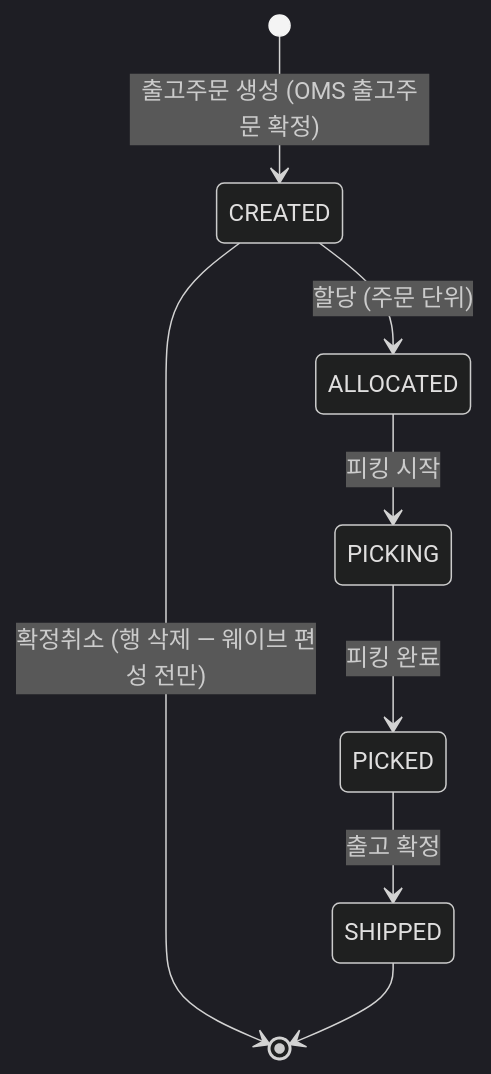
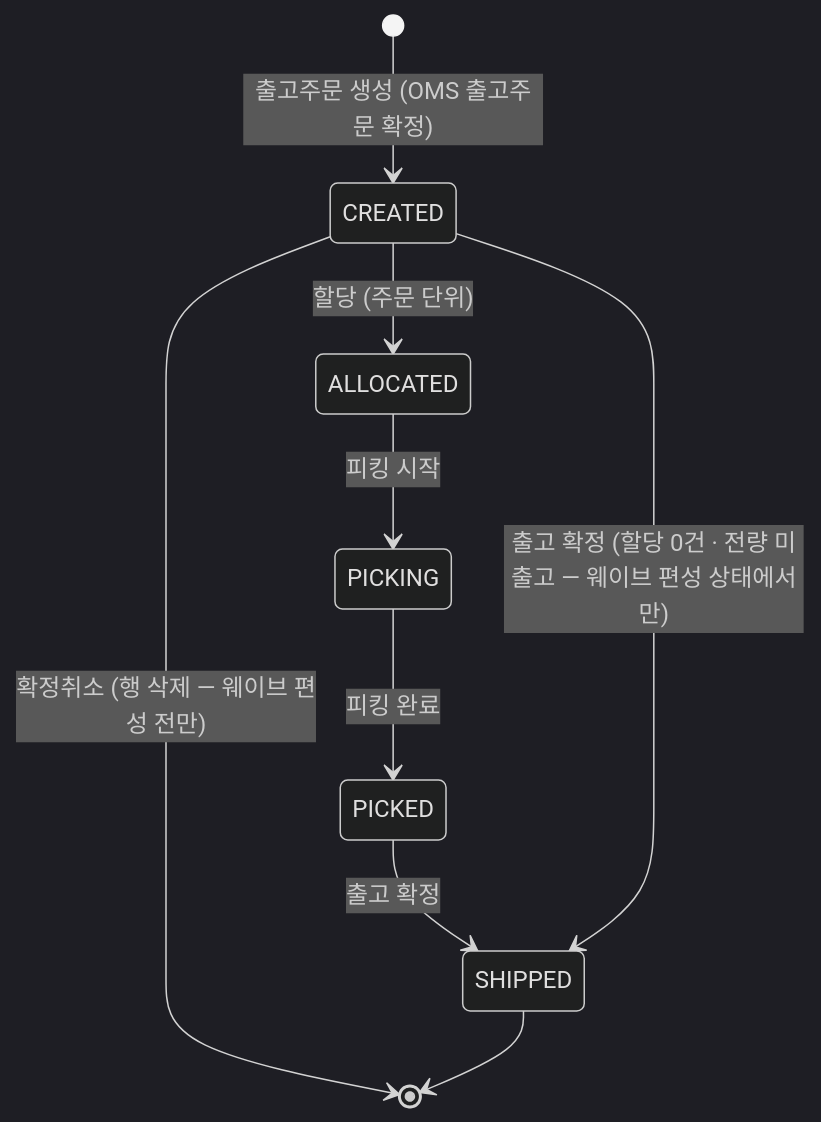
One commit to jhogunhee/logistics-back changed the fourth of 4 diagrams in docs/design.md. Above: the diagram before and after it, drawn with Mermaid (dark theme). The commit also changed other lines of this file and 20 other files, not shown here.

````diff
--- a/docs/design.md
+++ b/docs/design.md
@@ -264,10 +266,11 @@
 ```mermaid
 stateDiagram-v2
     [*] --> CREATED : 출고주문 생성 (OMS 출고주문 확정)
     CREATED --> [*] : 확정취소 (행 삭제 — 웨이브 편성 전만)
     CREATED --> ALLOCATED : 할당 (주문 단위)
     ALLOCATED --> PICKING : 피킹 시작
     PICKING --> PICKED : 피킹 완료
     PICKED --> SHIPPED : 출고 확정
+    CREATED --> SHIPPED : 출고 확정 (할당 0건 · 전량 미출고 — 웨이브 편성 상태에서만)
     SHIPPED --> [*]
 ```
````
